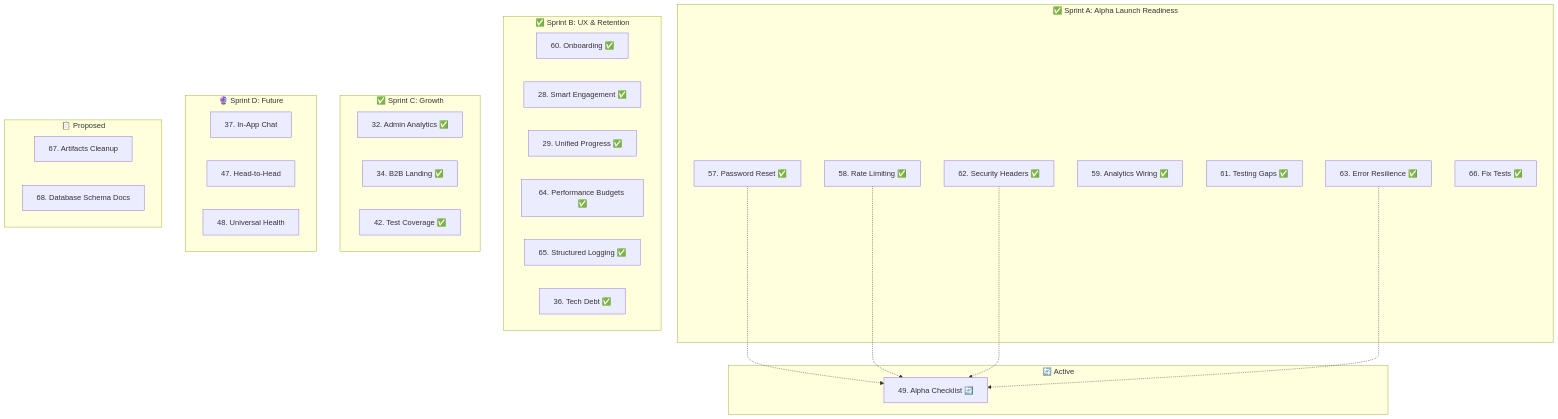
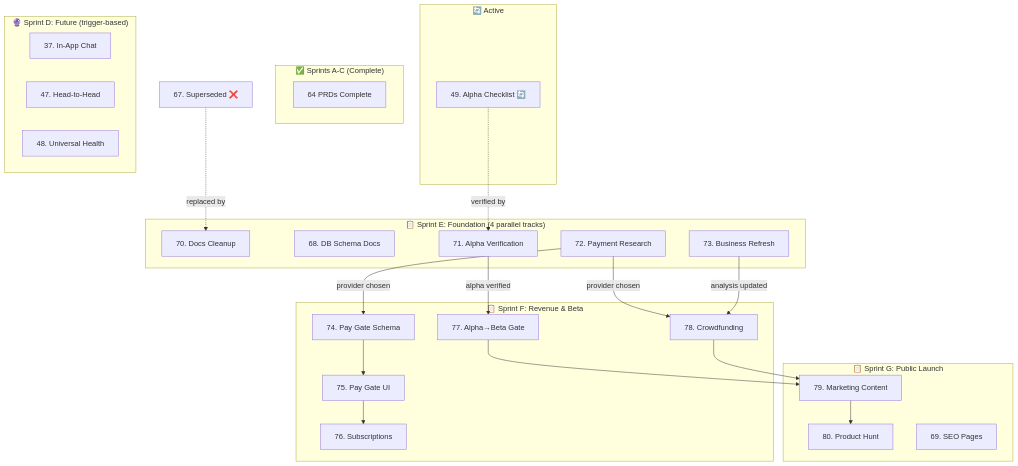
Before and after one commit to vassovass/scl-v3: the diagram in docs/prds/admin-feedback-system/PRD_00_Index.md, drawn with Mermaid. The commit also changed other lines of this file and 16 other files, not shown here.

First line of the commit message:
docs(prd): PRDs 70-80 — revenue and launch strategy with parallel execution framework

````diff
--- a/docs/prds/admin-feedback-system/PRD_00_Index.md
+++ b/docs/prds/admin-feedback-system/PRD_00_Index.md
@@ -280,47 +358,57 @@
 ```mermaid
 graph TD
-    subgraph "✅ Sprint A: Alpha Launch Readiness"
-        PRD57[57. Password Reset ✅]
-        PRD58[58. Rate Limiting ✅]
-        PRD62[62. Security Headers ✅]
-        PRD59[59. Analytics Wiring ✅]
-        PRD61[61. Testing Gaps ✅]
-        PRD63[63. Error Resilience ✅]
-        PRD66[66. Fix Tests ✅]
-    end
-
-    subgraph "✅ Sprint B: UX & Retention"
-        PRD60[60. Onboarding ✅]
-        PRD28[28. Smart Engagement ✅]
-        PRD29[29. Unified Progress ✅]
-        PRD64[64. Performance Budgets ✅]
-        PRD65[65. Structured Logging ✅]
-        PRD36[36. Tech Debt ✅]
-    end
-
-    subgraph "✅ Sprint C: Growth"
-        PRD32[32. Admin Analytics ✅]
-        PRD34[34. B2B Landing ✅]
-        PRD42[42. Test Coverage ✅]
+    subgraph "✅ Sprints A-C (Complete)"
+        DONE[64 PRDs Complete]
     end
 
     subgraph "🔄 Active"
         PRD49[49. Alpha Checklist 🔄]
     end
 
-    subgraph "🔮 Sprint D: Future"
+    subgraph "🔮 Sprint D: Future (trigger-based)"
         PRD37[37. In-App Chat]
         PRD47[47. Head-to-Head]
         PRD48[48. Universal Health]
     end
 
-    subgraph "📋 Proposed"
-        PRD67[67. Artifacts Cleanup]
-        PRD68[68. Database Schema Docs]
+    subgraph "📋 Sprint E: Foundation (4 parallel tracks)"
+        PRD70[70. Docs Cleanup]
+        PRD68[68. DB Schema Docs]
+        PRD71[71. Alpha Verification]
+        PRD72[72. Payment Research]
+        PRD73[73. Business Refresh]
     end
 
-    PRD57 -.-> PRD49
-    PRD58 -.-> PRD49
-    PRD62 -.-> PRD49
-    PRD63 -.-> PRD49
+    subgraph "📋 Sprint F: Revenue & Beta"
+        PRD74[74. Pay Gate Schema]
+        PRD75[75. Pay Gate UI]
+        PRD76[76. Subscriptions]
+        PRD77[77. Alpha→Beta Gate]
+        PRD78[78. Crowdfunding]
+    end
+
+    subgraph "📋 Sprint G: Public Launch"
+        PRD79[79. Marketing Content]
+        PRD80[80. Product Hunt]
+        PRD69[69. SEO Pages]
+    end
+
+    %% Sprint E → F dependencies
+    PRD49 -.->|verified by| PRD71
+    PRD72 -->|provider chosen| PRD74
+    PRD72 -->|provider chosen| PRD78
+    PRD73 -->|analysis updated| PRD78
+    PRD71 -->|alpha verified| PRD77
+
+    %% Sprint F internal
+    PRD74 --> PRD75
+    PRD75 --> PRD76
+
+    %% Sprint F → G dependencies
+    PRD77 --> PRD79
+    PRD78 --> PRD79
+    PRD79 --> PRD80
+
+    %% Superseded
+    PRD67[67. Superseded ❌] -.->|replaced by| PRD70
 ```
````
